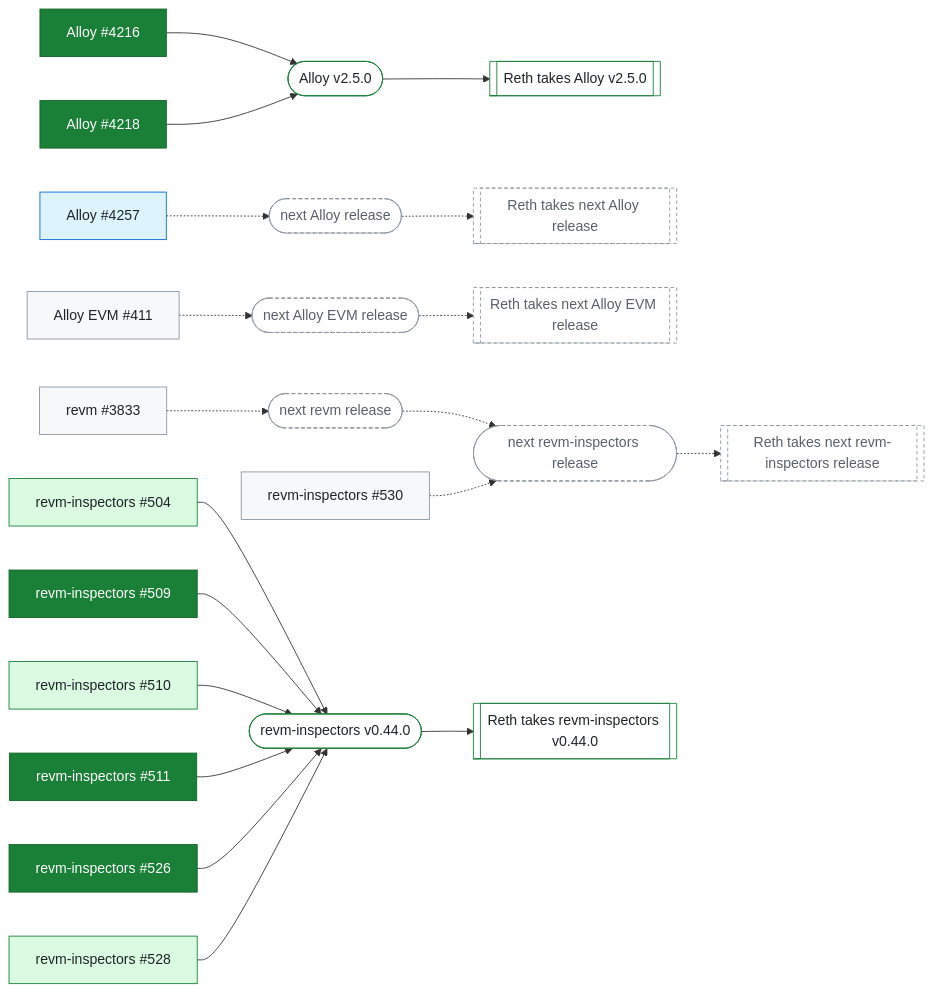
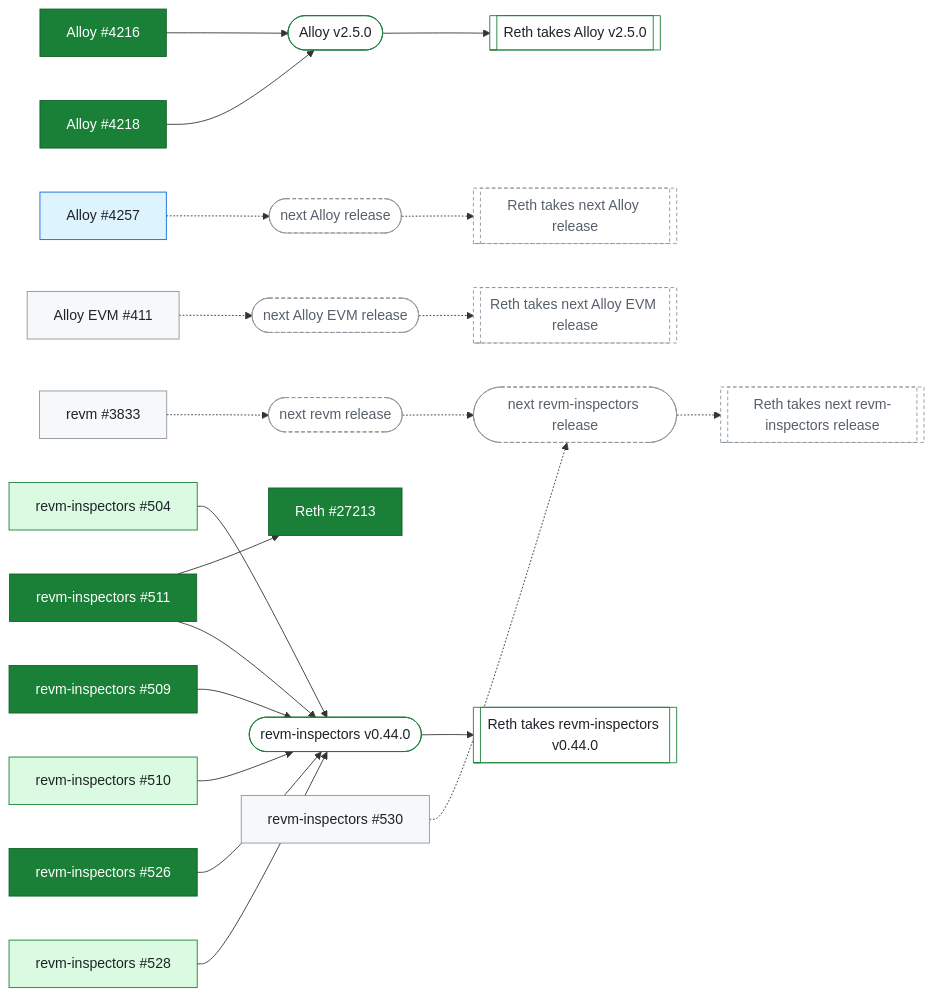
Before and after one commit to banteg/trace-interop: the third of 3 diagrams in docs/client-fixes.md, drawn with Mermaid. The commit also changed other lines of this file and 1 other file, not shown here.

````diff
--- a/docs/client-fixes.md
+++ b/docs/client-fixes.md
@@ -76,50 +113,52 @@
 ```mermaid
 flowchart LR
   Alloy_4216["Alloy #4216"]:::verified
   Alloy_v2_5_0(["Alloy v2.5.0"]):::done
   Reth_takes_Alloy_v2_5_0[["Reth takes Alloy v2.5.0"]]:::done
   Alloy_4218["Alloy #4218"]:::verified
   Alloy_4257["Alloy #4257"]:::merged
   next_Alloy_release(["next Alloy release"]):::pending
   Reth_takes_next_Alloy_release[["Reth takes next Alloy release"]]:::pending
   Alloy_EVM_411["Alloy EVM #411"]:::open
   next_Alloy_EVM_release(["next Alloy EVM release"]):::pending
   Reth_takes_next_Alloy_EVM_release[["Reth takes next Alloy EVM release"]]:::pending
+  Reth_27213["Reth #27213"]:::verified
+  revm_inspectors_511["revm-inspectors #511"]:::verified
   revm_3833["revm #3833"]:::open
   next_revm_release(["next revm release"]):::pending
   next_revm_inspectors_release(["next revm-inspectors release"]):::pending
   Reth_takes_next_revm_inspectors_release[["Reth takes next revm-inspectors release"]]:::pending
   revm_inspectors_504["revm-inspectors #504"]:::in_measured_build
   revm_inspectors_v0_44_0(["revm-inspectors v0.44.0"]):::done
   Reth_takes_revm_inspectors_v0_44_0[["Reth takes revm-inspectors v0.44.0"]]:::done
   revm_inspectors_509["revm-inspectors #509"]:::verified
   revm_inspectors_510["revm-inspectors #510"]:::in_measured_build
-  revm_inspectors_511["revm-inspectors #511"]:::verified
   revm_inspectors_526["revm-inspectors #526"]:::verified
   revm_inspectors_528["revm-inspectors #528"]:::in_measured_build
   revm_inspectors_530["revm-inspectors #530"]:::open
   Alloy_4216 --> Alloy_v2_5_0
   Alloy_v2_5_0 --> Reth_takes_Alloy_v2_5_0
   Alloy_4218 --> Alloy_v2_5_0
   Alloy_4257 -.-> next_Alloy_release
   next_Alloy_release -.-> Reth_takes_next_Alloy_release
   Alloy_EVM_411 -.-> next_Alloy_EVM_release
   next_Alloy_EVM_release -.-> Reth_takes_next_Alloy_EVM_release
+  revm_inspectors_511 --> Reth_27213
   revm_3833 -.-> next_revm_release
   next_revm_release -.-> next_revm_inspectors_release
   next_revm_inspectors_release -.-> Reth_takes_next_revm_inspectors_release
   revm_inspectors_504 --> revm_inspectors_v0_44_0
   revm_inspectors_v0_44_0 --> Reth_takes_revm_inspectors_v0_44_0
   revm_inspectors_509 --> revm_inspectors_v0_44_0
   revm_inspectors_510 --> revm_inspectors_v0_44_0
   revm_inspectors_511 --> revm_inspectors_v0_44_0
   revm_inspectors_526 --> revm_inspectors_v0_44_0
   revm_inspectors_528 --> revm_inspectors_v0_44_0
   revm_inspectors_530 -.-> next_revm_inspectors_release
   classDef open fill:#f6f8fa,stroke:#8c959f,color:#1f2328
   classDef merged fill:#ddf4ff,stroke:#0969da,color:#1f2328
   classDef in_measured_build fill:#dafbe1,stroke:#1a7f37,color:#1f2328
   classDef verified fill:#1a7f37,stroke:#116329,color:#ffffff
   classDef done fill:#ffffff,stroke:#1a7f37,color:#1f2328
   classDef pending fill:#ffffff,stroke:#8c959f,stroke-dasharray:4 3,color:#57606a
 ```
````
